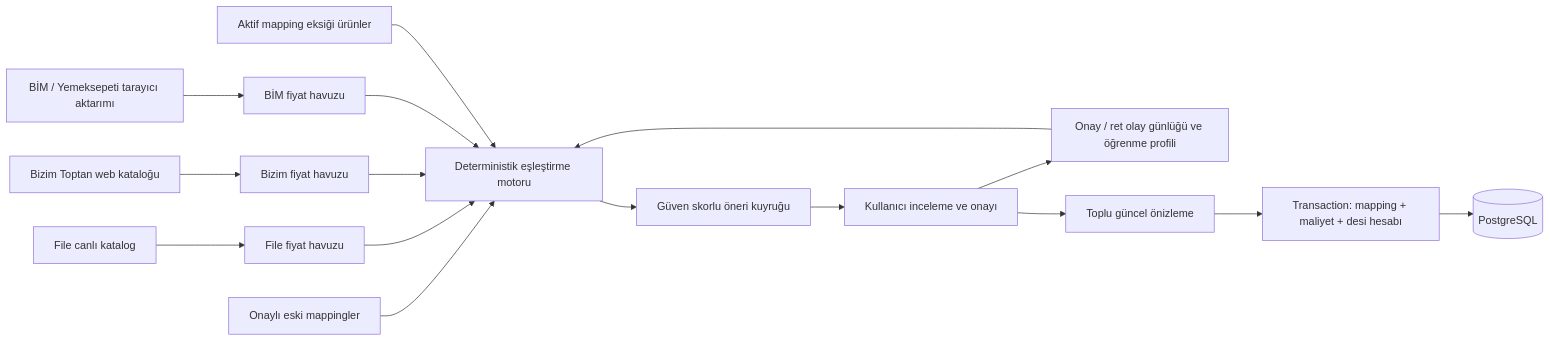
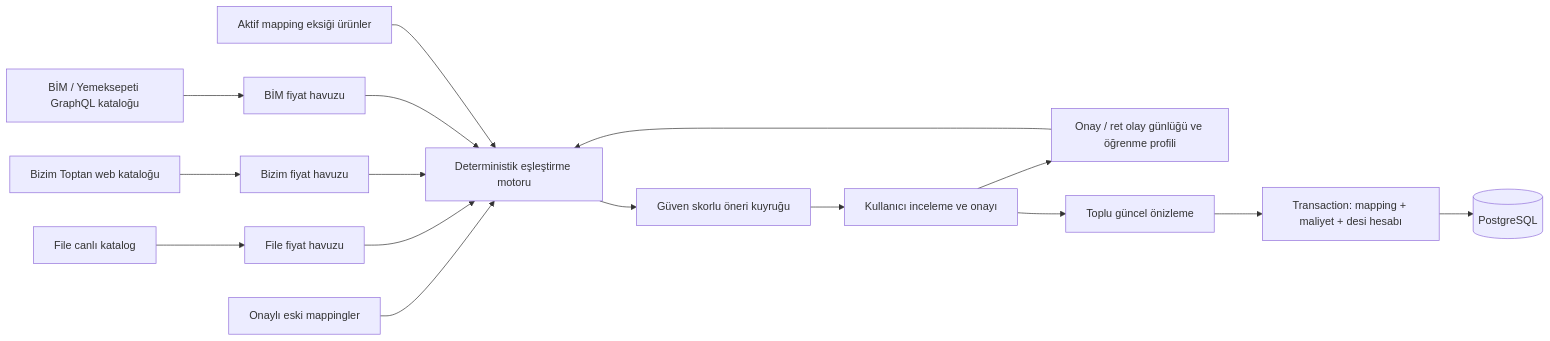
One commit to aslamacigross/aslamaci-repricer changed the third of 3 diagrams in ARCHITECTURE.md. Above: the diagram before and after it, drawn with Mermaid. The commit also changed 17 other files, not shown here.

````diff
--- a/ARCHITECTURE.md
+++ b/ARCHITECTURE.md
@@ -79,18 +79,18 @@
 ```mermaid
 flowchart LR
   FILE["File canlı katalog"] --> FILEPOOL["File fiyat havuzu"]
   BIZIM["Bizim Toptan web kataloğu"] --> BIZIMPOOL["Bizim fiyat havuzu"]
-  BIM["BİM / Yemeksepeti tarayıcı aktarımı"] --> BIMPOOL["BİM fiyat havuzu"]
+  BIM["BİM / Yemeksepeti GraphQL kataloğu"] --> BIMPOOL["BİM fiyat havuzu"]
   HISTORY["Onaylı eski mappingler"] --> MATCH["Deterministik eşleştirme motoru"]
   FILEPOOL --> MATCH
   BIZIMPOOL --> MATCH
   BIMPOOL --> MATCH
   PRODUCTS["Aktif mapping eksiği ürünler"] --> MATCH
   MATCH --> QUEUE["Güven skorlu öneri kuyruğu"]
   QUEUE --> REVIEW["Kullanıcı inceleme ve onayı"]
   REVIEW --> FEEDBACK["Onay / ret olay günlüğü ve öğrenme profili"]
   FEEDBACK --> MATCH
   REVIEW --> PREVIEW["Toplu güncel önizleme"]
   PREVIEW --> TX["Transaction: mapping + maliyet + desi hesabı"]
   TX --> DB[(PostgreSQL)]
 ```
````
